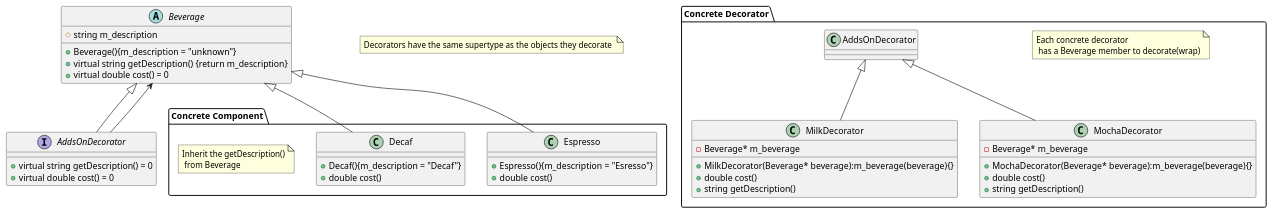
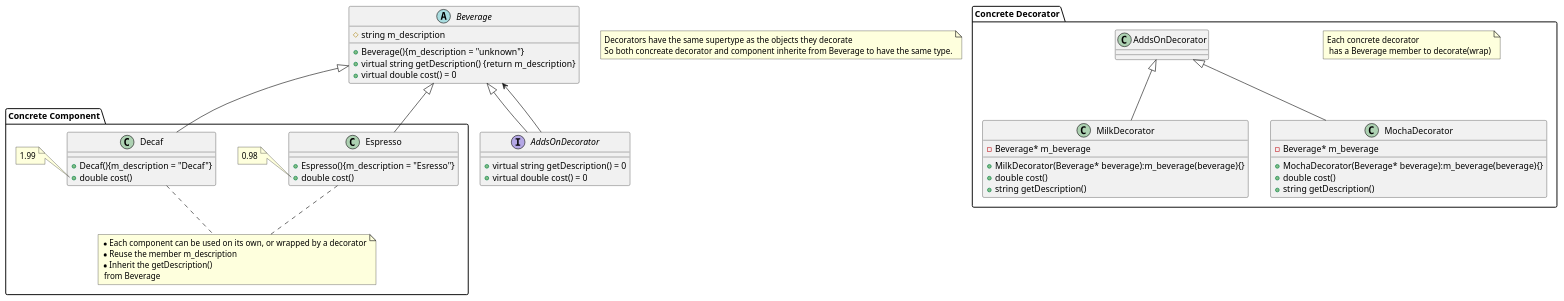
The diagram in ch03_Decorator/plantuml/Decorator_class.plantuml (jwbecalm/Head-First-Design-Patterns-in-CPP), drawn with PlantUML before and after one commit. The commit also changed 3 other files, not shown here.

```diff
--- a/ch03_Decorator/plantuml/Decorator_class.plantuml
+++ b/ch03_Decorator/plantuml/Decorator_class.plantuml
@@ -1,50 +1,60 @@
 @startuml Decorator Pattern
 
 abstract Beverage{
     # string m_description 
     + Beverage(){m_description = "unknown"}
     + virtual string getDescription() {return m_description}
     + virtual double cost() = 0
 }
-note "Decorators have the same supertype as the objects they decorate " as N3
+note "Decorators have the same supertype as the objects they decorate\nSo both concreate decorator and component inherite from Beverage to have the same type." as N3
 
 Interface AddsOnDecorator{
     + virtual string getDescription() = 0
     + virtual double cost() = 0
 }
 
 
 Beverage <|-- AddsOnDecorator
 Beverage <-- AddsOnDecorator
 package "Concrete Component"{
-class Espresso {
+class Espresso  {
     + Espresso(){m_description = "Esresso"}
     + double cost()
 }
-
+note left of Espresso::cost()
+0.98
+end note
 class Decaf {
     + Decaf(){m_description = "Decaf"}
     + double cost()
 }
-note "Inherit the getDescription()\n from Beverage" as N1
+note left of Decaf::cost()
+1.99
+end note
+note "*Each component can be used on its own, or wrapped by a decorator\n*Reuse the member m_description\n*Inherit the getDescription()\n from Beverage" as N1
+Decaf .. N1
+Espresso .. N1
+}
 
-}
 Beverage <|-- Espresso
 Beverage <|-- Decaf
 package "Concrete Decorator"{
 note "Each concrete decorator\n has a Beverage member to decorate(wrap)" as N2
 
 class MilkDecorator extends AddsOnDecorator{
     - Beverage* m_beverage
     + MilkDecorator(Beverage* beverage):m_beverage(beverage){}
     + double cost()
     + string getDescription()
 }
+
 class MochaDecorator extends AddsOnDecorator{
     - Beverage* m_beverage
     + MochaDecorator(Beverage* beverage):m_beverage(beverage){}
     + double cost()
     + string getDescription()
 }
+
+
 }
 @enduml
```
